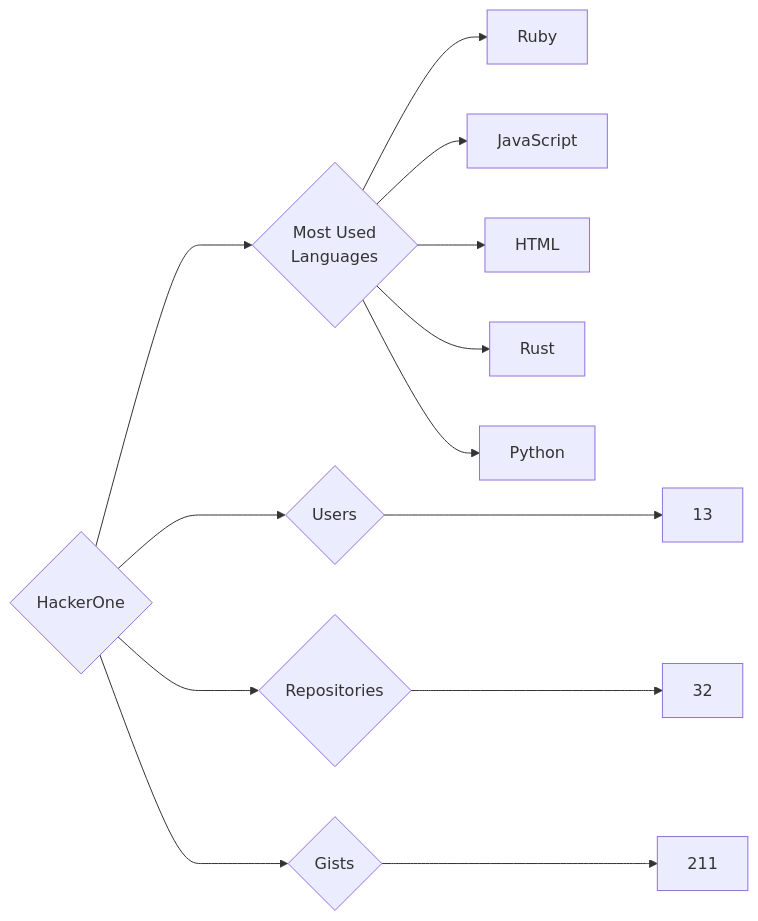
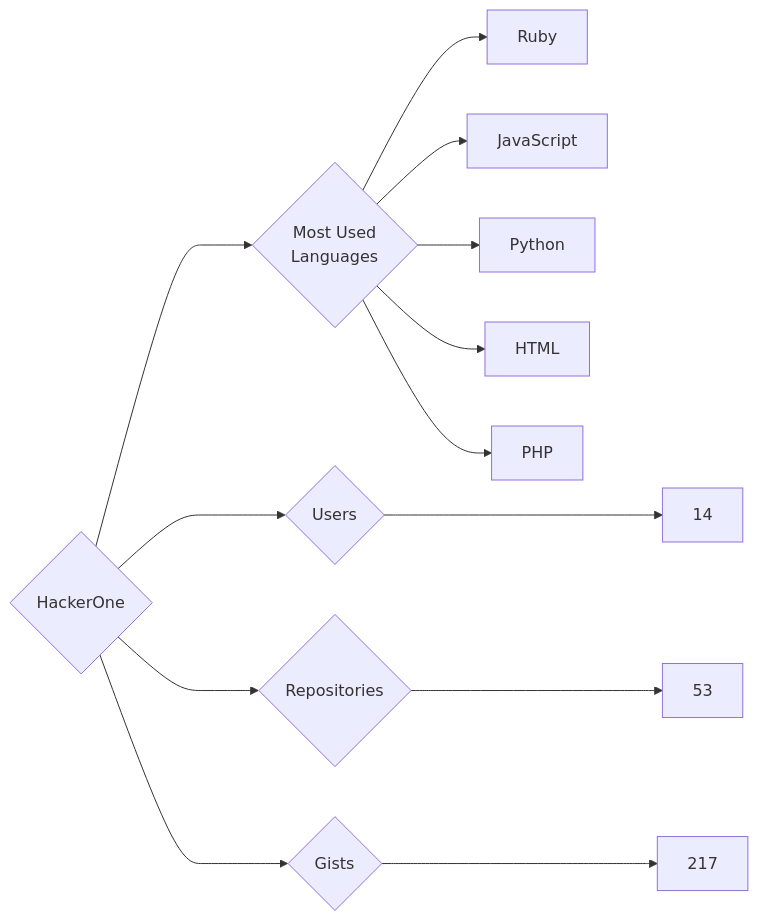
One commit to trickest/insiders changed the diagram in targets/HackerOne/README.md. Above: the diagram before and after it, drawn with Mermaid. The commit also changed 1166 other files, not shown here.

````diff
--- a/targets/HackerOne/README.md
+++ b/targets/HackerOne/README.md
@@ -3,13 +3,13 @@
 ```mermaid
 graph LR
 COMPANY_NAME{HackerOne}
-COMPANY_NAME ---> U{Users} ---> UN[13]
-COMPANY_NAME ---> R{Repositories} ---> RN[32]
-COMPANY_NAME ---> G{Gists} ---> GN[211]
+COMPANY_NAME ---> U{Users} ---> UN[14]
+COMPANY_NAME ---> R{Repositories} ---> RN[53]
+COMPANY_NAME ---> G{Gists} ---> GN[217]
 COMPANY_NAME ---> ML{Most Used<br>Languages}
 ML --> Ruby[Ruby]
 ML --> JavaScript[JavaScript]
+ML --> Python[Python]
 ML --> HTML[HTML]
-ML --> Rust[Rust]
-ML --> Python[Python]
+ML --> PHP[PHP]
 ```
````
